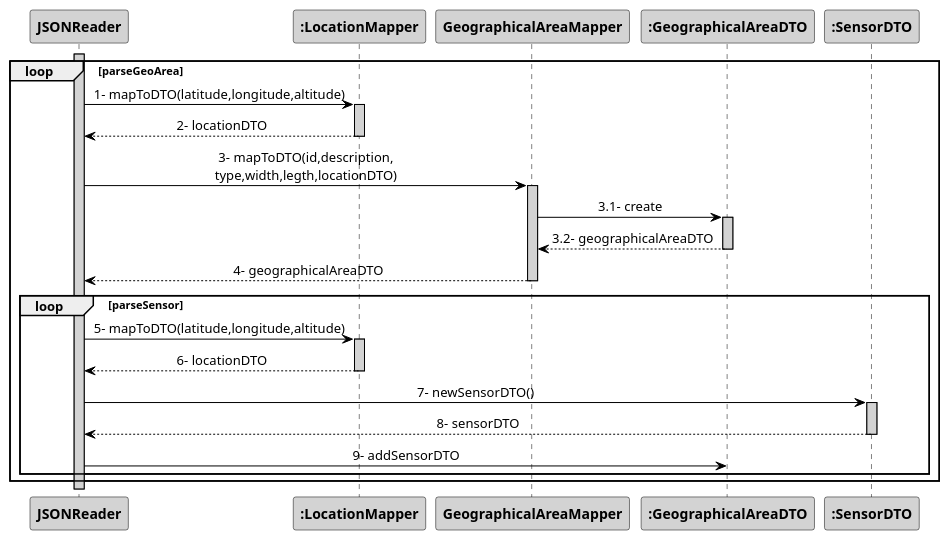
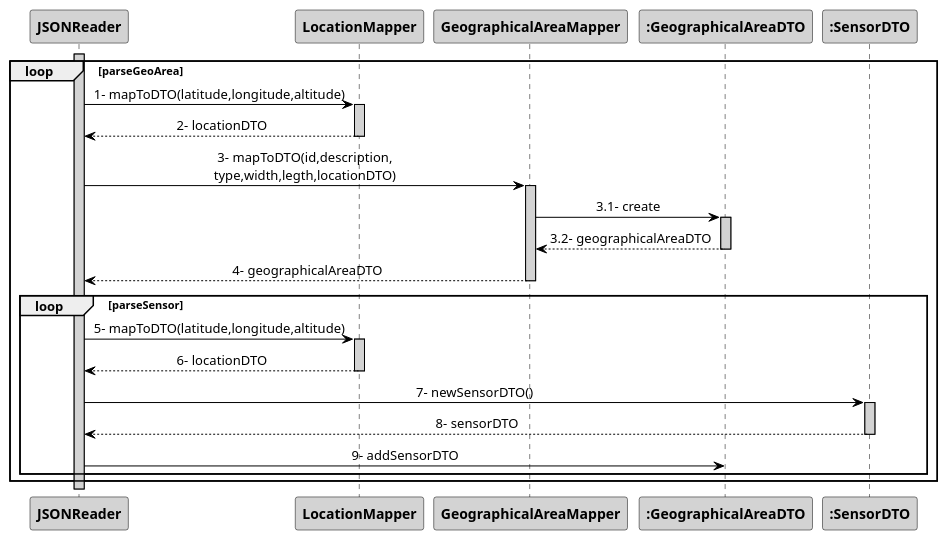
Before and after one commit to 1181687/hateoasToy: the diagram in src/main/java/pt/ipp/isep/dei/project/controllers/importgeoareasfromjsoncontroller/SD_Ref_ImportGeoAreasFromJSON.puml, drawn with PlantUML.

Commit message:
Update ref to ImportGeoAreasFromJSON sequence diagram.

```diff
--- a/src/main/java/pt/ipp/isep/dei/project/controllers/importgeoareasfromjsoncontroller/SD_Ref_ImportGeoAreasFromJSON.puml
+++ b/src/main/java/pt/ipp/isep/dei/project/controllers/importgeoareasfromjsoncontroller/SD_Ref_ImportGeoAreasFromJSON.puml
@@ -1,48 +1,48 @@
 @startuml
 skinparam sequenceMessageAlign center
 skinparam sequence {
 	ArrowColor Black
 	ActorBorderColor DarkBlue
 	LifeLineBorderColor black
 	LifeLineBackgroundColor LightGrey
 
 	ParticipantBorderColor Black
 	ParticipantBackgroundColor LightGrey
 	ParticipantFontStyle Bold
 
 	ActorBackgroundColor DimGrey
 	ActorFontColor DeepSkyBlue
 	ActorFontStyle Bold
 	ActorFontSize 17
 	ActorFontName Aapex
 }
 loop parseGeoArea
 activate "JSONReader"
-JSONReader -> ":LocationMapper": 1- mapToDTO(latitude,longitude,altitude)
-activate ":LocationMapper"
-":LocationMapper" --> JSONReader: 2- locationDTO
-deactivate ":LocationMapper"
+JSONReader -> "LocationMapper": 1- mapToDTO(latitude,longitude,altitude)
+activate "LocationMapper"
+"LocationMapper" --> JSONReader: 2- locationDTO
+deactivate "LocationMapper"
 JSONReader -> "GeographicalAreaMapper": 3- mapToDTO(id,description,\ntype,width,legth,locationDTO)
 activate "GeographicalAreaMapper"
 "GeographicalAreaMapper" -> ":GeographicalAreaDTO" : 3.1- create
 activate ":GeographicalAreaDTO"
 ":GeographicalAreaDTO" --> "GeographicalAreaMapper": 3.2- geographicalAreaDTO
 deactivate ":GeographicalAreaDTO"
 
 "GeographicalAreaMapper" --> JSONReader: 4- geographicalAreaDTO
 deactivate "GeographicalAreaMapper"
 
 loop parseSensor
-JSONReader -> ":LocationMapper": 5- mapToDTO(latitude,longitude,altitude)
-activate ":LocationMapper"
-":LocationMapper" --> JSONReader: 6- locationDTO
-deactivate ":LocationMapper"
+JSONReader -> "LocationMapper": 5- mapToDTO(latitude,longitude,altitude)
+activate "LocationMapper"
+"LocationMapper" --> JSONReader: 6- locationDTO
+deactivate "LocationMapper"
 JSONReader -> ":SensorDTO": 7- newSensorDTO()
 activate ":SensorDTO"
 ":SensorDTO" --> JSONReader: 8- sensorDTO
 deactivate ":SensorDTO"
 "JSONReader" -> ":GeographicalAreaDTO" :9- addSensorDTO
 
 end
 end
 @enduml
```
